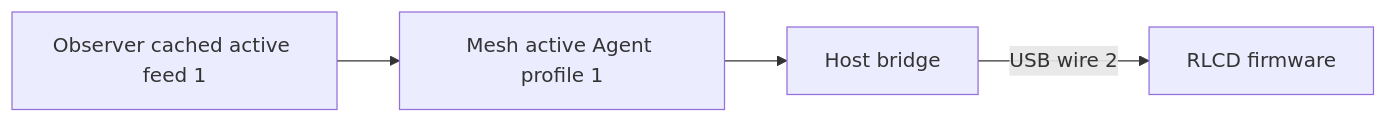
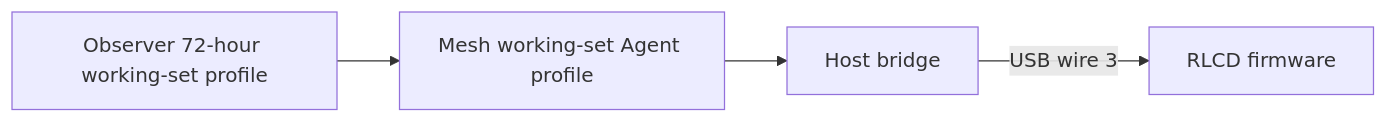
Before and after one commit to byebyebryan/esp32-rlcd: the diagram in projects/agent-dashboard/README.md, drawn with Mermaid. The commit also changed other lines of this file and 33 other files, not shown here.

Commit message:
feat(dashboard): adopt leased active and recent working set

````diff
--- a/projects/agent-dashboard/README.md
+++ b/projects/agent-dashboard/README.md
@@ -32,6 +37,6 @@
 ```mermaid
 flowchart LR
-    Observer[Observer cached active feed 1] --> Mesh[Mesh active Agent profile 1]
+    Observer[Observer 72-hour working-set profile] --> Mesh[Mesh working-set Agent profile]
     Mesh --> Bridge[Host bridge]
-    Bridge -->|USB wire 2| RLCD[RLCD firmware]
+    Bridge -->|USB wire 3| RLCD[RLCD firmware]
 ```
````
